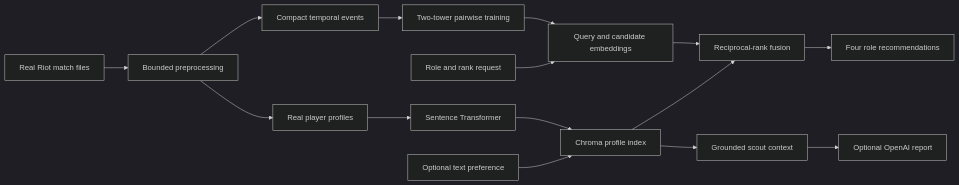
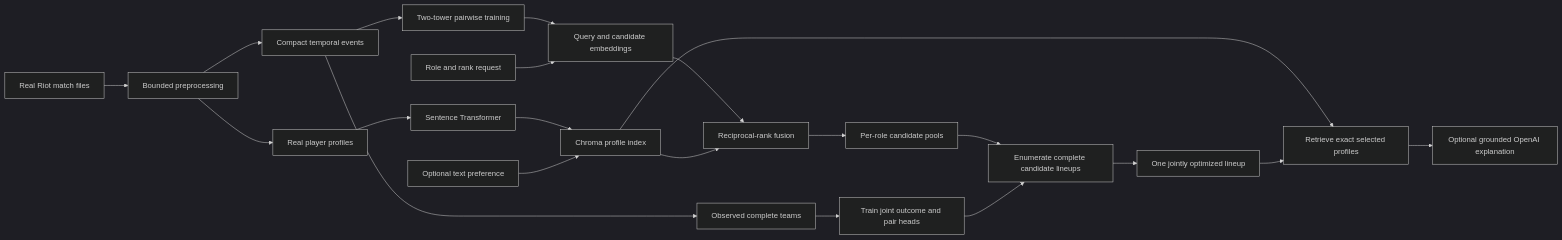
Before and after one commit to RSakib/LoL-Team-Optimizer---Two-Tower-RecSys-and-RAG: the diagram in README.md, drawn with Mermaid (dark theme). The commit also changed other lines of this file and 24 other files, not shown here.

````diff
--- a/README.md
+++ b/README.md
@@ -9,17 +10,23 @@
 ```mermaid
 flowchart LR
     A[Real Riot match files] --> B[Bounded preprocessing]
     B --> C[Compact temporal events]
     B --> D[Real player profiles]
     C --> E[Two-tower pairwise training]
     E --> F[Query and candidate embeddings]
     D --> G[Sentence Transformer]
     G --> H[Chroma profile index]
     I[Role and rank request] --> F
     J[Optional text preference] --> H
     F --> K[Reciprocal-rank fusion]
     H --> K
-    K --> L[Four role recommendations]
-    H --> M[Grounded scout context]
-    M --> N[Optional OpenAI report]
+    K --> L[Per-role candidate pools]
+    C --> M[Observed complete teams]
+    M --> N[Train joint outcome and pair heads]
+    L --> O[Enumerate complete candidate lineups]
+    N --> O
+    O --> P[One jointly optimized lineup]
+    H --> Q[Retrieve exact selected profiles]
+    P --> Q
+    Q --> R[Optional grounded OpenAI explanation]
 ```
````
